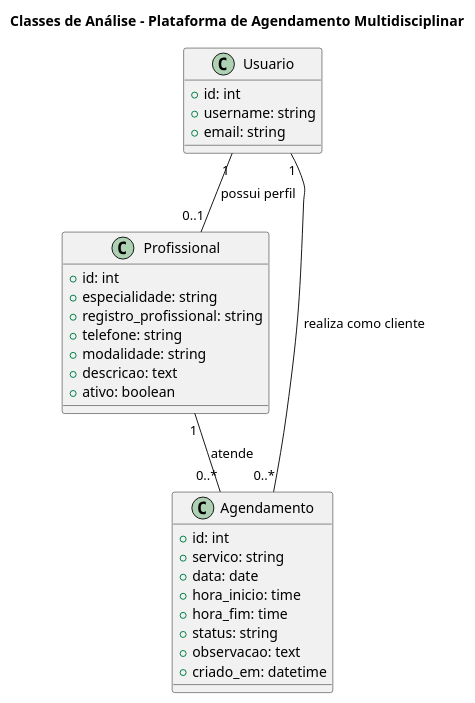
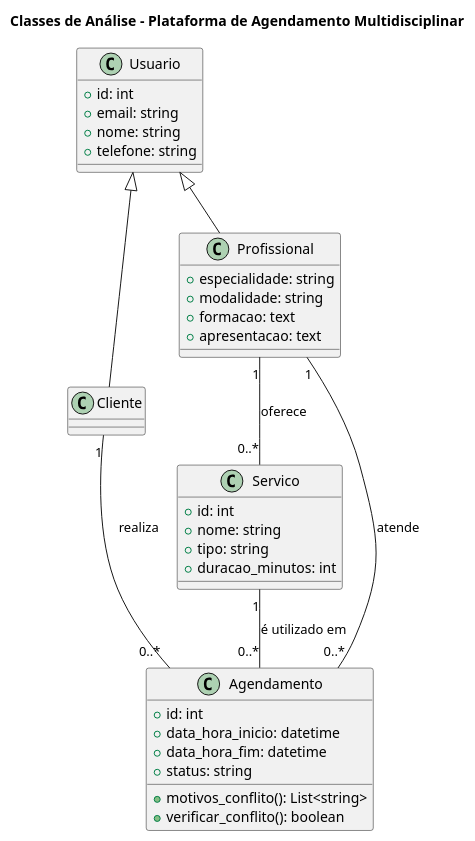
One commit to Projetos-de-Extensao/PBE_26.2_8002_I changed the diagram in docs/Iniciacao/classes_de_analise.md. Above: the diagram before and after it, drawn with PlantUML. The commit also changed other lines of this file and 14 other files, not shown here.

````diff
--- a/docs/Iniciacao/classes_de_analise.md
+++ b/docs/Iniciacao/classes_de_analise.md
@@ -66,37 +72,45 @@
 ```plantuml
 @startuml
 title Classes de Análise - Plataforma de Agendamento Multidisciplinar
 
 class Usuario {
     +id: int
-    +username: string
     +email: string
+    +nome: string
+    +telefone: string
 }
 
+class Cliente
+
 class Profissional {
+    +especialidade: string
+    +modalidade: string
+    +formacao: text
+    +apresentacao: text
+}
+
+class Servico {
     +id: int
-    +especialidade: string
-    +registro_profissional: string
-    +telefone: string
-    +modalidade: string
-    +descricao: text
-    +ativo: boolean
+    +nome: string
+    +tipo: string
+    +duracao_minutos: int
 }
 
 class Agendamento {
     +id: int
-    +servico: string
-    +data: date
-    +hora_inicio: time
-    +hora_fim: time
+    +data_hora_inicio: datetime
+    +data_hora_fim: datetime
     +status: string
-    +observacao: text
-    +criado_em: datetime
+    +motivos_conflito(): List<string>
+    +verificar_conflito(): boolean
 }
 
-Usuario "1" -- "0..1" Profissional : possui perfil
-Usuario "1" -- "0..*" Agendamento : realiza como cliente
+Usuario <|-- Cliente
+Usuario <|-- Profissional
+Profissional "1" -- "0..*" Servico : oferece
+Cliente "1" -- "0..*" Agendamento : realiza
 Profissional "1" -- "0..*" Agendamento : atende
+Servico "1" -- "0..*" Agendamento : é utilizado em
 
 @enduml
 ```
````
